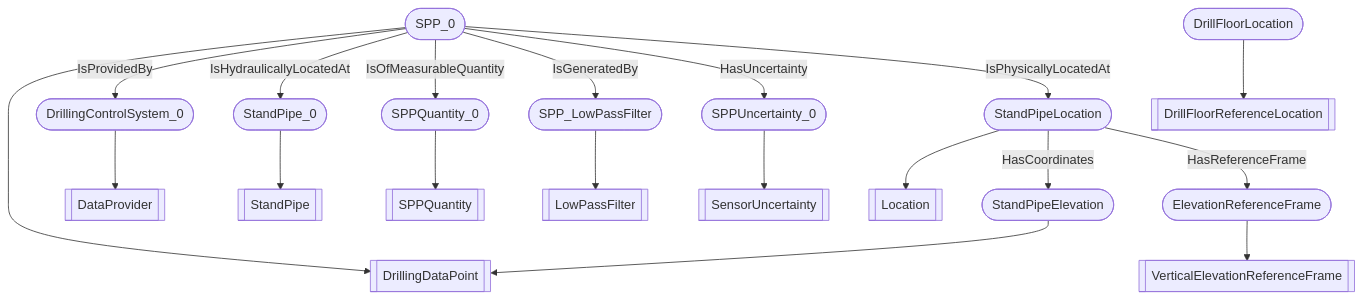
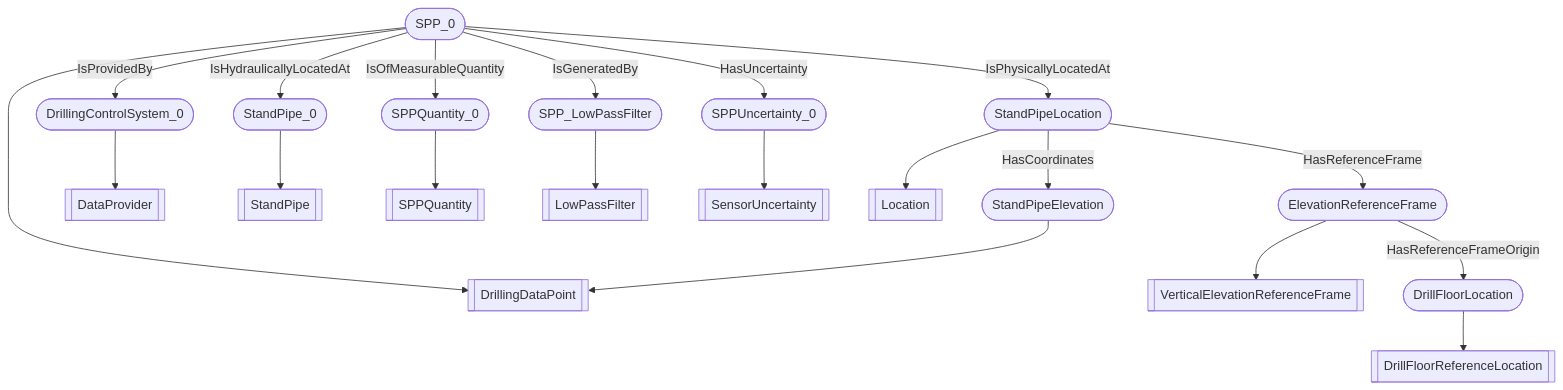
The diagram in docs/vocabulary_development/auto-generated/md/examples/DWIS-SPP.md (D-WIS/DDHub-Semantic-Interoperability), drawn with Mermaid before and after one commit. The commit also changed other lines of this file and 1 other file, not shown here.

````diff
--- a/docs/vocabulary_development/auto-generated/md/examples/DWIS-SPP.md
+++ b/docs/vocabulary_development/auto-generated/md/examples/DWIS-SPP.md
@@ -20,21 +21,22 @@
 ```mermaid
 flowchart TD
 	SPP_0([SPP_0]) --> DrillingDataPoint[[DrillingDataPoint]]
 	StandPipe_0([StandPipe_0]) --> StandPipe[[StandPipe]]
 	SPPQuantity_0([SPPQuantity_0]) --> SPPQuantity[[SPPQuantity]]
 	SPPUncertainty_0([SPPUncertainty_0]) --> SensorUncertainty[[SensorUncertainty]]
 	SPP_LowPassFilter([SPP_LowPassFilter]) --> LowPassFilter[[LowPassFilter]]
 	DrillingControlSystem_0([DrillingControlSystem_0]) --> DataProvider[[DataProvider]]
 	StandPipeLocation([StandPipeLocation]) --> Location[[Location]]
 	DrillFloorLocation([DrillFloorLocation]) --> DrillFloorReferenceLocation[[DrillFloorReferenceLocation]]
 	StandPipeElevation([StandPipeElevation]) --> DrillingDataPoint[[DrillingDataPoint]]
 	ElevationReferenceFrame([ElevationReferenceFrame]) --> VerticalElevationReferenceFrame[[VerticalElevationReferenceFrame]]
 	 SPP_0 -- IsProvidedBy --> DrillingControlSystem_0 
 	 SPP_0 -- IsHydraulicallyLocatedAt --> StandPipe_0 
 	 SPP_0 -- IsOfMeasurableQuantity --> SPPQuantity_0 
 	 SPP_0 -- IsGeneratedBy --> SPP_LowPassFilter 
 	 SPP_0 -- HasUncertainty --> SPPUncertainty_0 
 	 SPP_0 -- IsPhysicallyLocatedAt --> StandPipeLocation 
 	 StandPipeLocation -- HasCoordinates --> StandPipeElevation 
 	 StandPipeLocation -- HasReferenceFrame --> ElevationReferenceFrame 
+	 ElevationReferenceFrame -- HasReferenceFrameOrigin --> DrillFloorLocation 
 ```
````
